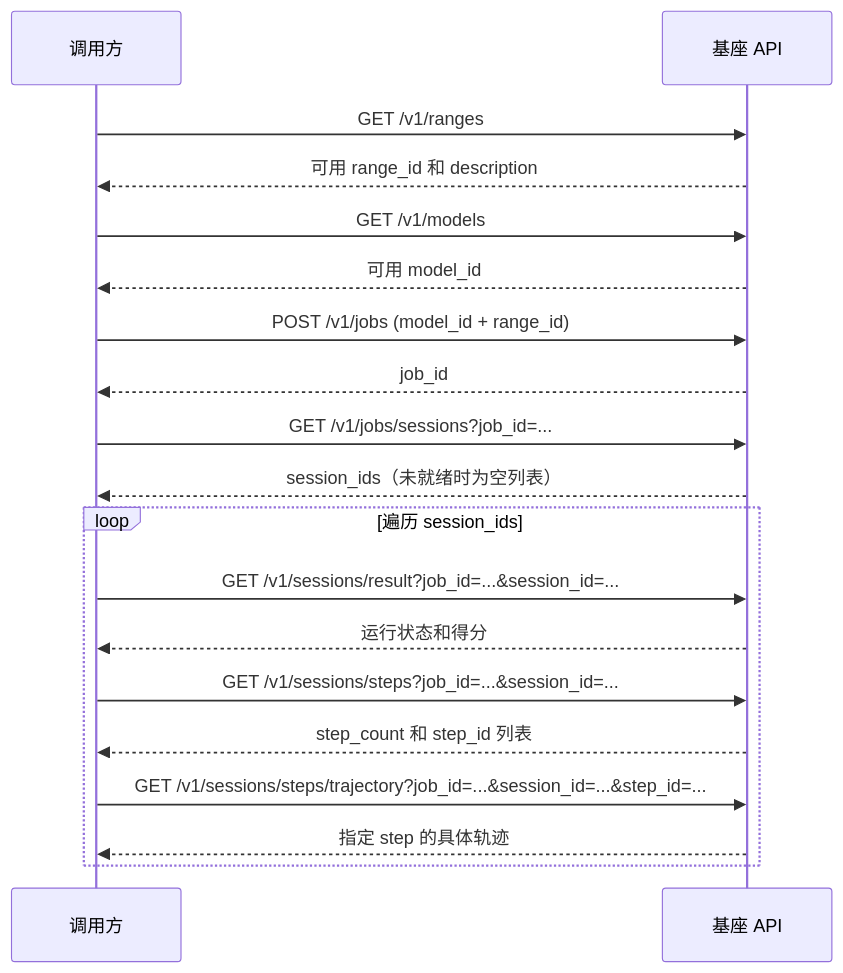
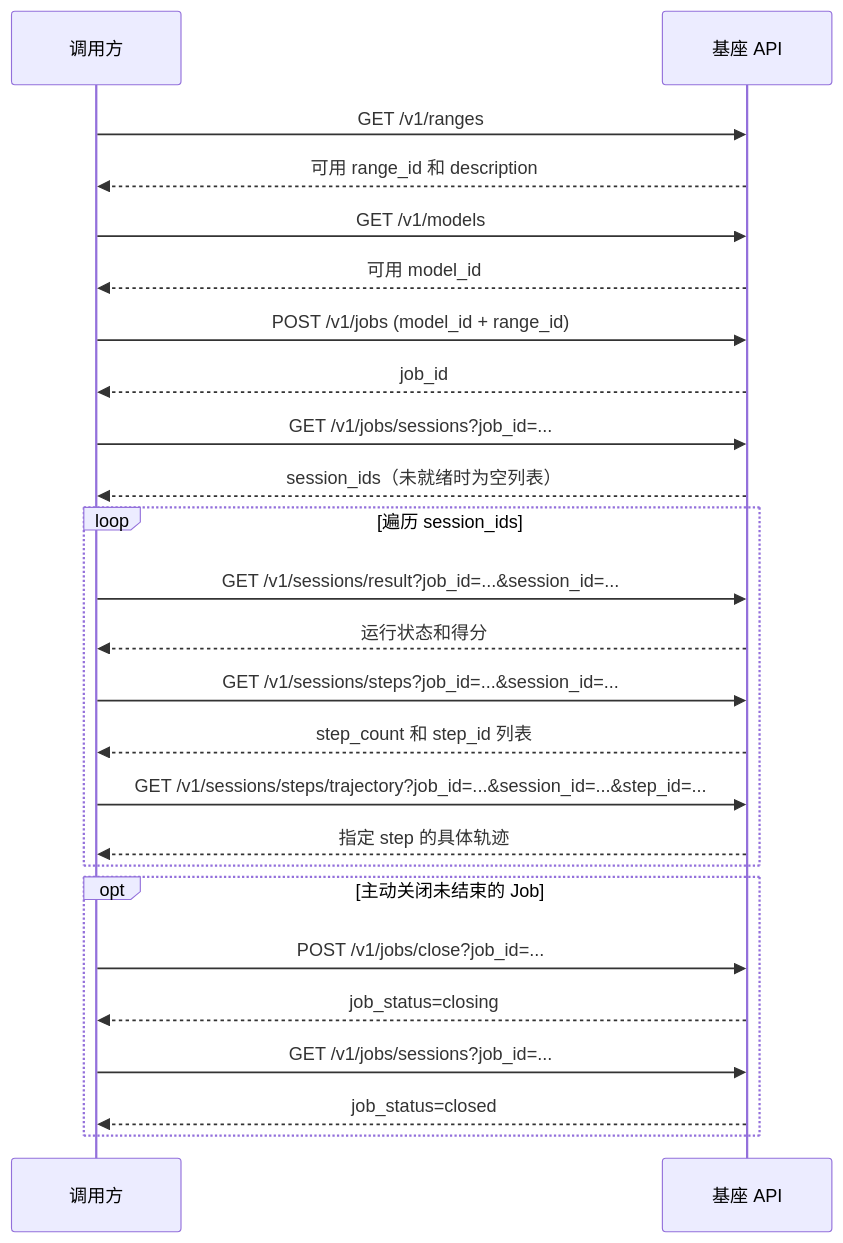
Before and after one commit to BinHuangPJLAB/SafactoryServer: the diagram in docs/API_DESIGN.md, drawn with Mermaid. The commit also changed other lines of this file and 12 other files, not shown here.

````diff
--- a/docs/API_DESIGN.md
+++ b/docs/API_DESIGN.md
@@ -43,22 +44,28 @@
 ```mermaid
 sequenceDiagram
     participant Client as 调用方
     participant Base as 基座 API
 
     Client->>Base: GET /v1/ranges
     Base-->>Client: 可用 range_id 和 description
     Client->>Base: GET /v1/models
     Base-->>Client: 可用 model_id
     Client->>Base: POST /v1/jobs (model_id + range_id)
     Base-->>Client: job_id
     Client->>Base: GET /v1/jobs/sessions?job_id=...
     Base-->>Client: session_ids（未就绪时为空列表）
     loop 遍历 session_ids
         Client->>Base: GET /v1/sessions/result?job_id=...&session_id=...
         Base-->>Client: 运行状态和得分
         Client->>Base: GET /v1/sessions/steps?job_id=...&session_id=...
         Base-->>Client: step_count 和 step_id 列表
         Client->>Base: GET /v1/sessions/steps/trajectory?job_id=...&session_id=...&step_id=...
         Base-->>Client: 指定 step 的具体轨迹
     end
+    opt 主动关闭未结束的 Job
+        Client->>Base: POST /v1/jobs/close?job_id=...
+        Base-->>Client: job_status=closing
+        Client->>Base: GET /v1/jobs/sessions?job_id=...
+        Base-->>Client: job_status=closed
+    end
 ```
````
